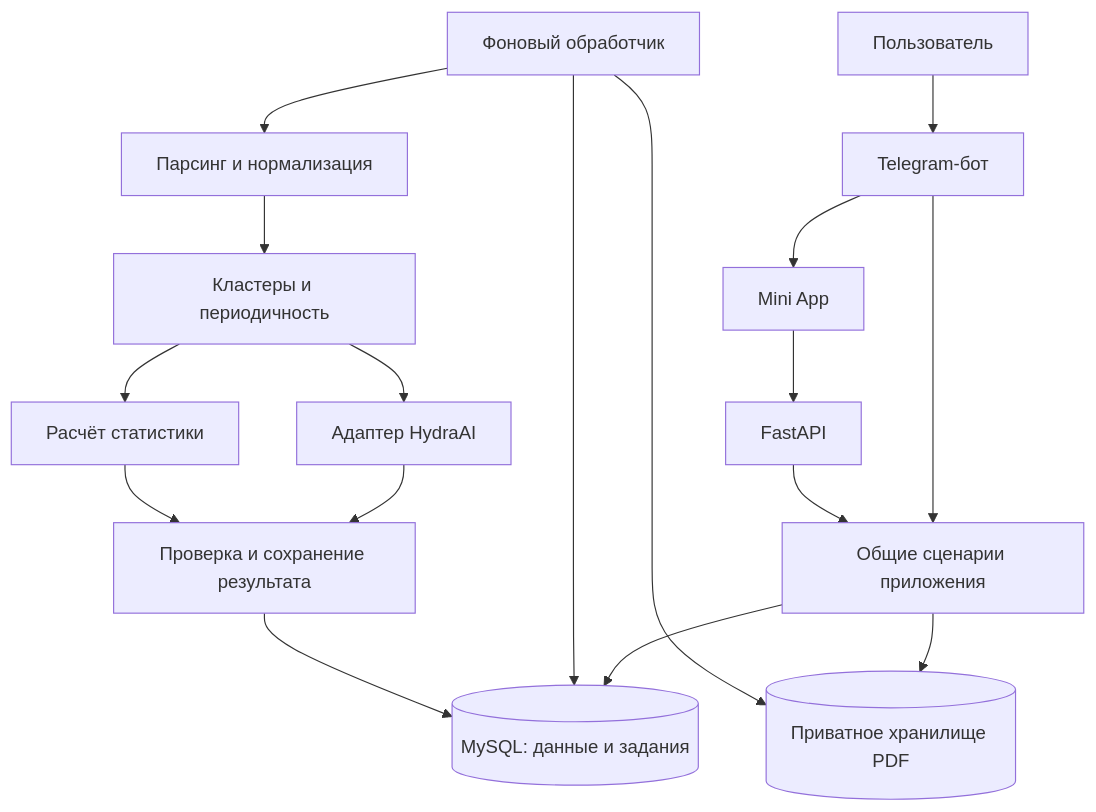
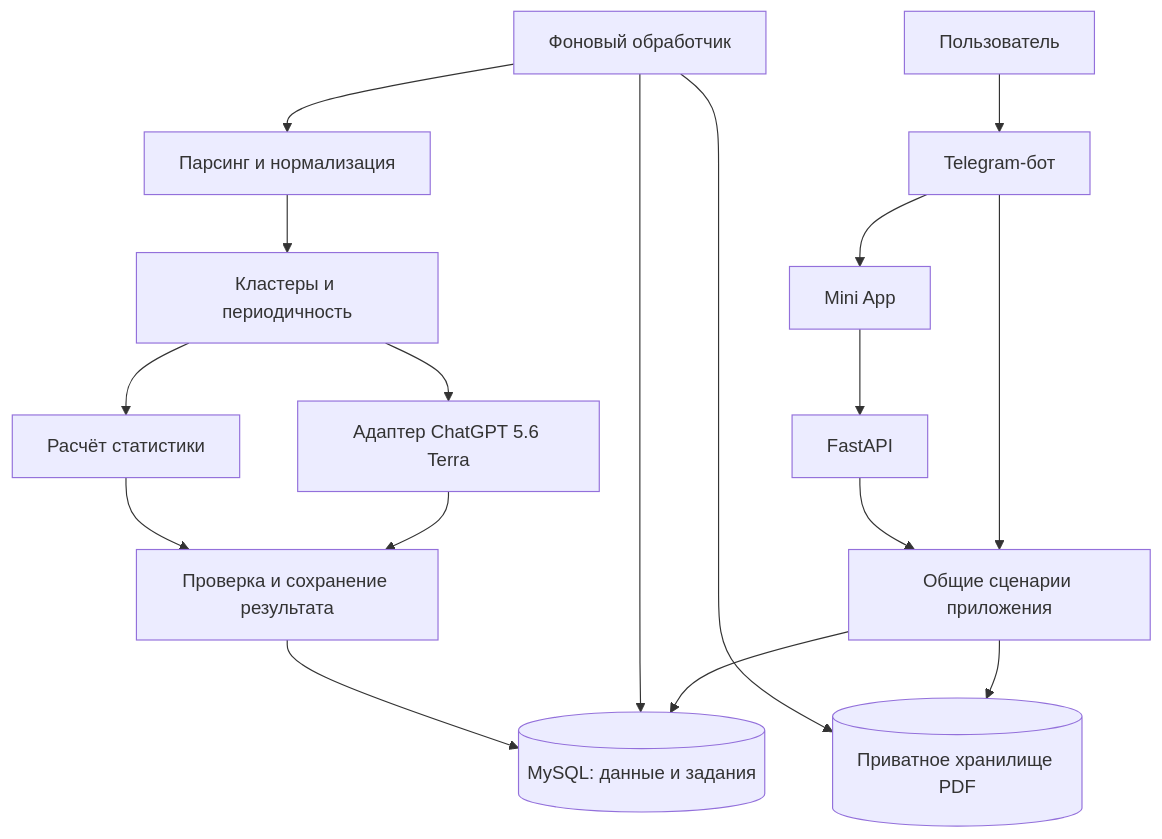
Before and after one commit to Willson0/sber_bot: the diagram in docs/ARCHITECTURE.md, drawn with Mermaid. The commit also changed other lines of this file, not shown here.

````diff
--- a/docs/ARCHITECTURE.md
+++ b/docs/ARCHITECTURE.md
@@ -25,19 +25,19 @@
 ```mermaid
 flowchart TD
     User[Пользователь] --> Bot[Telegram-бот]
     Bot --> Web[Mini App]
     Web --> API[FastAPI]
     Bot --> UC[Общие сценарии приложения]
     API --> UC
     UC --> DB[(MySQL: данные и задания)]
     UC --> Files[(Приватное хранилище PDF)]
     Worker[Фоновый обработчик] --> DB
     Worker --> Files
     Worker --> Parse[Парсинг и нормализация]
     Parse --> Detect[Кластеры и периодичность]
-    Detect --> LLM[Адаптер HydraAI]
+    Detect --> LLM[Адаптер ChatGPT 5.6 Terra]
     Detect --> Stats[Расчёт статистики]
     LLM --> Result[Проверка и сохранение результата]
     Stats --> Result
     Result --> DB
 ```
````
